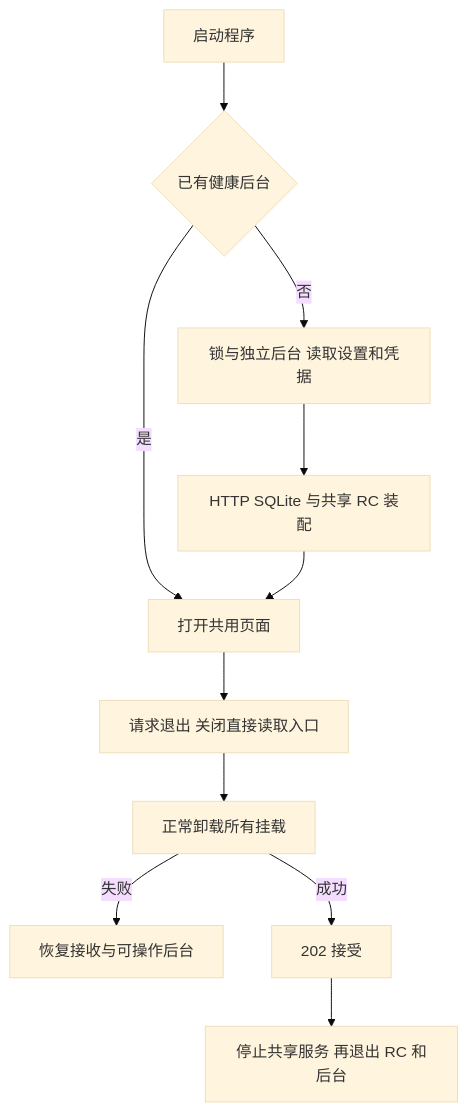
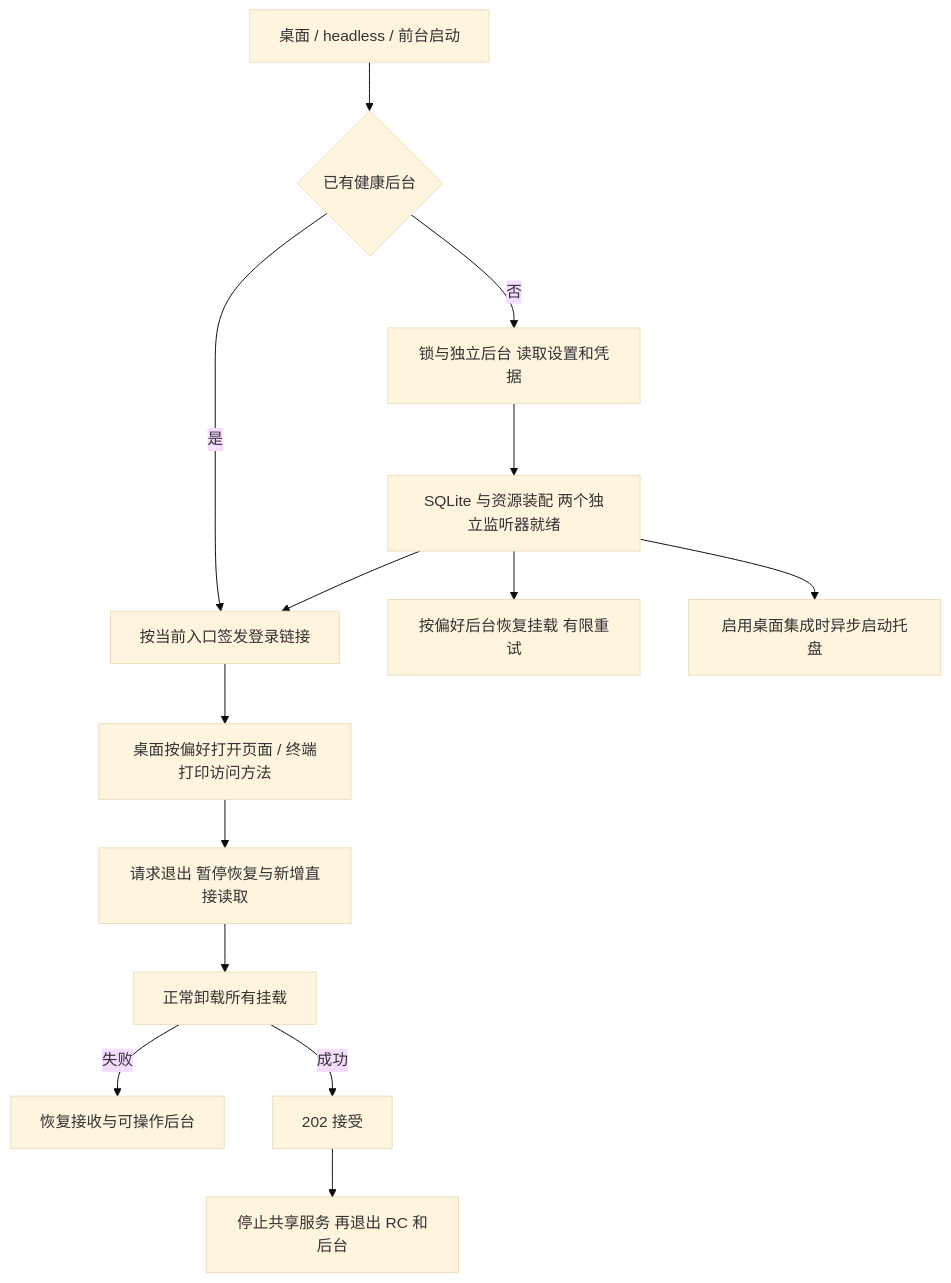
One commit to shengyusi-SYS/musicfs changed diagram 13 of 13 in docs/architecture/diagrams.md. Above: the diagram before and after it, drawn with Mermaid (base theme). The commit also changed other lines of this file and 8 other files, not shown here.

````diff
--- a/docs/architecture/diagrams.md
+++ b/docs/architecture/diagrams.md
@@ -303,13 +306,16 @@
 ```mermaid
 flowchart TD
-  Launch[启动程序] --> Identity{已有健康后台}
-  Identity -->|是| UI[打开共用页面]
+  Launch[桌面 / headless / 前台启动] --> Identity{已有健康后台}
+  Identity -->|是| Entry[按当前入口签发登录链接]
   Identity -->|否| Start[锁与独立后台 读取设置和凭据]
-  Start --> Listen[HTTP SQLite 与共享 RC 装配]
-  Listen --> UI
-  UI --> Quit[请求退出 关闭直接读取入口]
+  Start --> Listen[SQLite 与资源装配 两个独立监听器就绪]
+  Listen --> Entry
+  Listen --> Restore[按偏好后台恢复挂载 有限重试]
+  Listen --> Integration[启用桌面集成时异步启动托盘]
+  Entry --> Feedback[桌面按偏好打开页面 / 终端打印访问方法]
+  Feedback --> Quit[请求退出 暂停恢复与新增直接读取]
   Quit --> Unmount[正常卸载所有挂载]
   Unmount -->|失败| Resume[恢复接收与可操作后台]
   Unmount -->|成功| Accept[202 接受]
   Accept --> Close[停止共享服务 再退出 RC 和后台]
 ```
````
